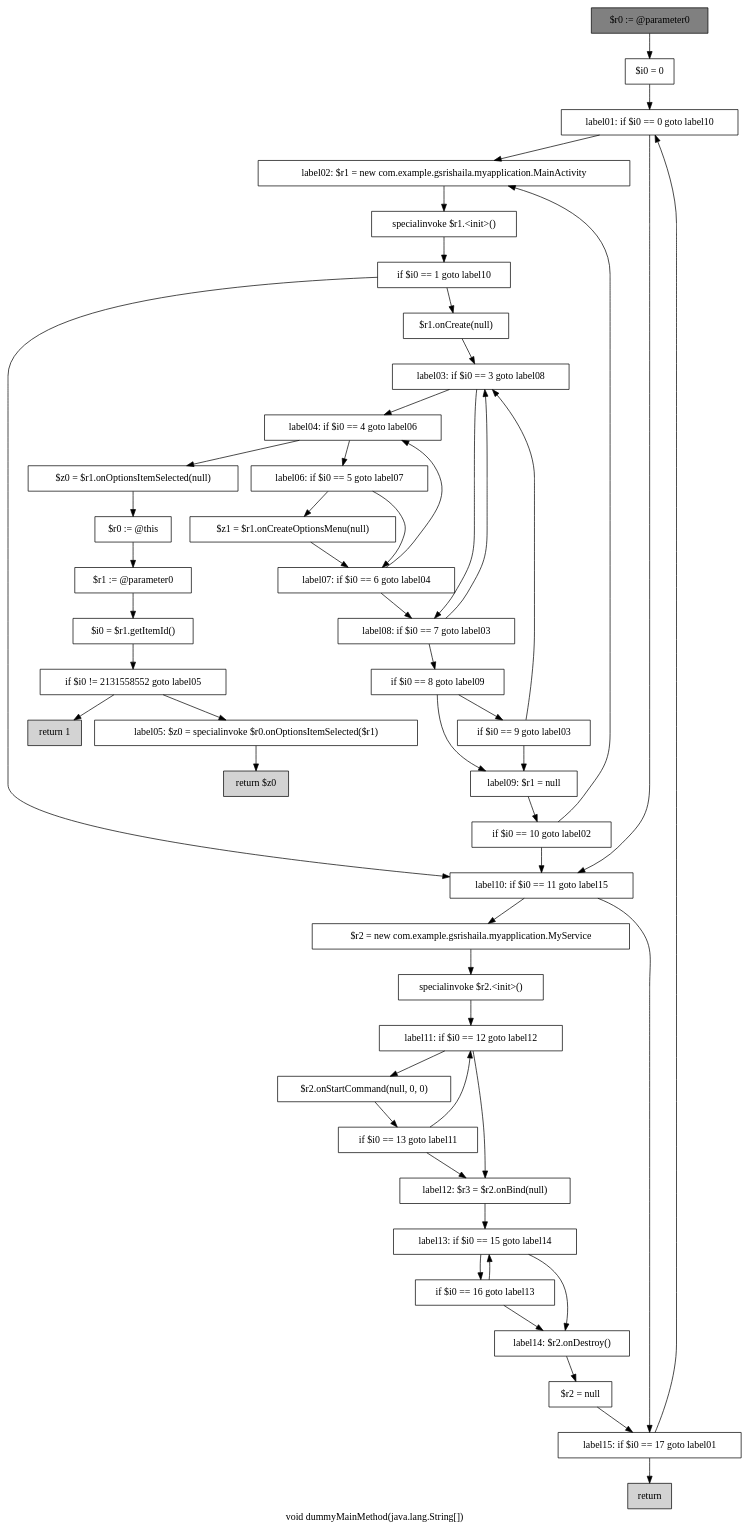
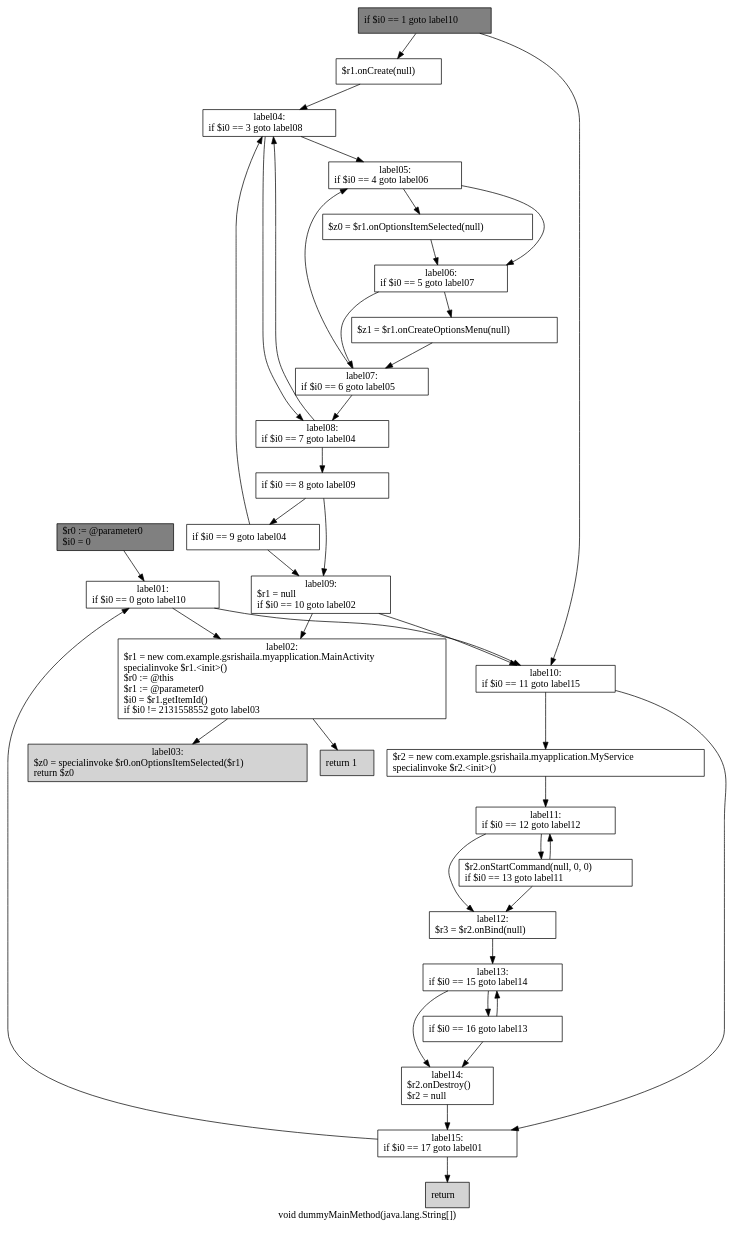
The diagram in soot-infoflow-android-develop/dummyMainMethod111.dot (gsrishaila/summer), drawn with Graphviz before and after one commit. The commit also changed 14 other files, not shown here.

```diff
--- a/soot-infoflow-android-develop/dummyMainMethod111.dot
+++ b/soot-infoflow-android-develop/dummyMainMethod111.dot
@@ -1,94 +1,72 @@
 digraph "void dummyMainMethod(java.lang.String[])" {
     label="void dummyMainMethod(java.lang.String[])";
     node [shape=box];
-    "0" [style=filled,fillcolor=gray,label="$r0 := @parameter0",];
-    "1" [label="$i0 = 0",];
+    "0" [style=filled,fillcolor=gray,label="$r0 := @parameter0\l$i0 = 0\l",];
+    "1" [label="label01:\nif $i0 == 0 goto label10\l",];
     "0"->"1";
-    "2" [label="label01: if $i0 == 0 goto label10",];
+    "2" [label="label02:\n$r1 = new com.example.gsrishaila.myapplication.MainActivity\lspecialinvoke $r1.<init>()\l$r0 := @this\l$r1 := @parameter0\l$i0 = $r1.getItemId()\lif $i0 != 2131558552 goto label03\l",];
     "1"->"2";
-    "3" [label="label02: $r1 = new com.example.gsrishaila.myapplication.MainActivity",];
+    "17" [label="label10:\nif $i0 == 11 goto label15\l",];
+    "1"->"17";
+    "3" [style=filled,fillcolor=lightgray,label="return 1\l",];
     "2"->"3";
-    "25" [label="label10: if $i0 == 11 goto label15",];
-    "2"->"25";
-    "4" [label="specialinvoke $r1.<init>()",];
-    "3"->"4";
-    "5" [label="if $i0 == 1 goto label10",];
-    "4"->"5";
-    "6" [label="$r1.onCreate(null)",];
+    "4" [style=filled,fillcolor=lightgray,label="label03:\n$z0 = specialinvoke $r0.onOptionsItemSelected($r1)\lreturn $z0\l",];
+    "2"->"4";
+    "5" [style=filled,fillcolor=gray,label="if $i0 == 1 goto label10\l",];
+    "6" [label="$r1.onCreate(null)\l",];
     "5"->"6";
-    "5"->"25";
-    "7" [label="label03: if $i0 == 3 goto label08",];
+    "5"->"17";
+    "7" [label="label04:\nif $i0 == 3 goto label08\l",];
     "6"->"7";
-    "8" [label="label04: if $i0 == 4 goto label06",];
+    "8" [label="label05:\nif $i0 == 4 goto label06\l",];
     "7"->"8";
-    "20" [label="label08: if $i0 == 7 goto label03",];
-    "7"->"20";
-    "9" [label="$z0 = $r1.onOptionsItemSelected(null)",];
+    "13" [label="label08:\nif $i0 == 7 goto label04\l",];
+    "7"->"13";
+    "9" [label="$z0 = $r1.onOptionsItemSelected(null)\l",];
     "8"->"9";
-    "17" [label="label06: if $i0 == 5 goto label07",];
-    "8"->"17";
-    "10" [label="$r0 := @this",];
+    "10" [label="label06:\nif $i0 == 5 goto label07\l",];
+    "8"->"10";
     "9"->"10";
-    "11" [label="$r1 := @parameter0",];
+    "11" [label="$z1 = $r1.onCreateOptionsMenu(null)\l",];
     "10"->"11";
-    "12" [label="$i0 = $r1.getItemId()",];
+    "12" [label="label07:\nif $i0 == 6 goto label05\l",];
+    "10"->"12";
     "11"->"12";
-    "13" [label="if $i0 != 2131558552 goto label05",];
+    "12"->"8";
     "12"->"13";
-    "14" [style=filled,fillcolor=lightgray,label="return 1",];
+    "13"->"7";
+    "14" [label="if $i0 == 8 goto label09\l",];
     "13"->"14";
-    "15" [label="label05: $z0 = specialinvoke $r0.onOptionsItemSelected($r1)",];
-    "13"->"15";
-    "16" [style=filled,fillcolor=lightgray,label="return $z0",];
+    "15" [label="if $i0 == 9 goto label04\l",];
+    "14"->"15";
+    "16" [label="label09:\n$r1 = null\lif $i0 == 10 goto label02\l",];
+    "14"->"16";
+    "15"->"7";
     "15"->"16";
-    "18" [label="$z1 = $r1.onCreateOptionsMenu(null)",];
+    "16"->"2";
+    "16"->"17";
+    "18" [label="$r2 = new com.example.gsrishaila.myapplication.MyService\lspecialinvoke $r2.<init>()\l",];
     "17"->"18";
-    "19" [label="label07: if $i0 == 6 goto label04",];
-    "17"->"19";
+    "25" [label="label15:\nif $i0 == 17 goto label01\l",];
+    "17"->"25";
+    "19" [label="label11:\nif $i0 == 12 goto label12\l",];
     "18"->"19";
-    "19"->"8";
+    "20" [label="$r2.onStartCommand(null, 0, 0)\lif $i0 == 13 goto label11\l",];
     "19"->"20";
-    "20"->"7";
-    "21" [label="if $i0 == 8 goto label09",];
+    "21" [label="label12:\n$r3 = $r2.onBind(null)\l",];
+    "19"->"21";
+    "20"->"19";
     "20"->"21";
-    "22" [label="if $i0 == 9 goto label03",];
+    "22" [label="label13:\nif $i0 == 15 goto label14\l",];
     "21"->"22";
-    "23" [label="label09: $r1 = null",];
-    "21"->"23";
-    "22"->"7";
+    "23" [label="if $i0 == 16 goto label13\l",];
     "22"->"23";
-    "24" [label="if $i0 == 10 goto label02",];
+    "24" [label="label14:\n$r2.onDestroy()\l$r2 = null\l",];
+    "22"->"24";
+    "23"->"22";
     "23"->"24";
-    "24"->"3";
     "24"->"25";
-    "26" [label="$r2 = new com.example.gsrishaila.myapplication.MyService",];
+    "25"->"1";
+    "26" [style=filled,fillcolor=lightgray,label="return\l",];
     "25"->"26";
-    "36" [label="label15: if $i0 == 17 goto label01",];
-    "25"->"36";
-    "27" [label="specialinvoke $r2.<init>()",];
-    "26"->"27";
-    "28" [label="label11: if $i0 == 12 goto label12",];
-    "27"->"28";
-    "29" [label="$r2.onStartCommand(null, 0, 0)",];
-    "28"->"29";
-    "31" [label="label12: $r3 = $r2.onBind(null)",];
-    "28"->"31";
-    "30" [label="if $i0 == 13 goto label11",];
-    "29"->"30";
-    "30"->"28";
-    "30"->"31";
-    "32" [label="label13: if $i0 == 15 goto label14",];
-    "31"->"32";
-    "33" [label="if $i0 == 16 goto label13",];
-    "32"->"33";
-    "34" [label="label14: $r2.onDestroy()",];
-    "32"->"34";
-    "33"->"32";
-    "33"->"34";
-    "35" [label="$r2 = null",];
-    "34"->"35";
-    "35"->"36";
-    "36"->"2";
-    "37" [style=filled,fillcolor=lightgray,label="return",];
-    "36"->"37";
 }
```
